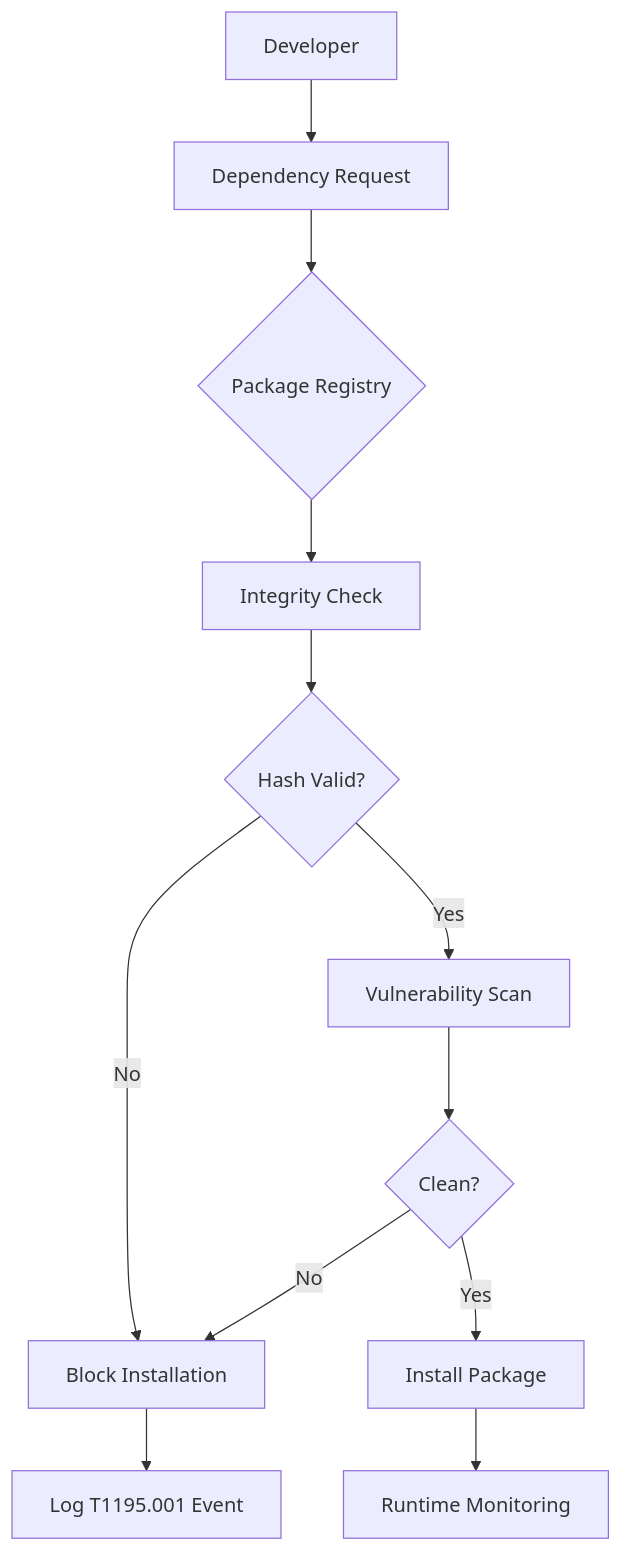
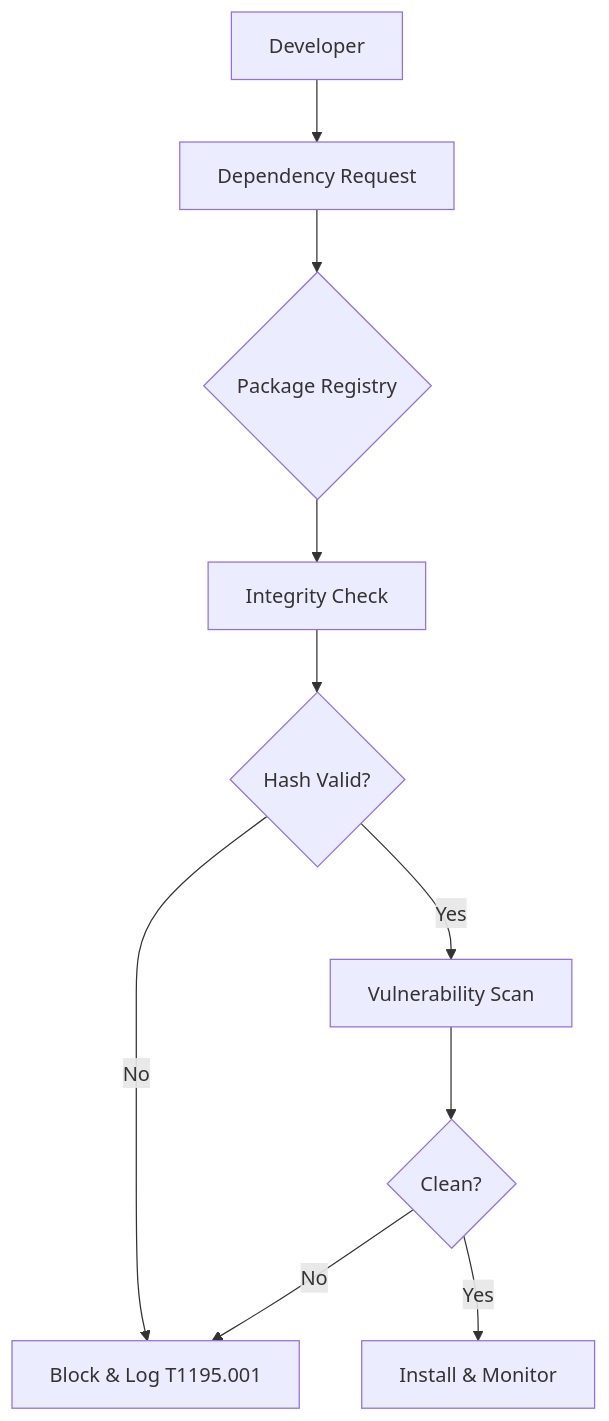
One commit to codebytes/mitre-attack-for-devs changed the third of 7 diagrams in slides/Slides.md. Above: the diagram before and after it, drawn with Mermaid. The commit also changed other lines of this file, not shown here.

Commit message:
Fix overflowing slides: split code blocks, simplify diagrams, trim content

```diff
--- a/slides/Slides.md
+++ b/slides/Slides.md
@@ -794,14 +794,12 @@
 <div class="mermaid">
 flowchart TD
     A[Developer] --> B[Dependency Request]
     B --> C{Package Registry}
     C --> D[Integrity Check]
     D --> E{Hash Valid?}
-    E -->|No| F[Block Installation]
+    E -->|No| F[Block & Log T1195.001]
     E -->|Yes| G[Vulnerability Scan]
     G --> H{Clean?}
     H -->|No| F
-    H -->|Yes| I[Install Package]
-    F --> J[Log T1195.001 Event]
-    I --> K[Runtime Monitoring]
+    H -->|Yes| I[Install & Monitor]
 </div>
```
